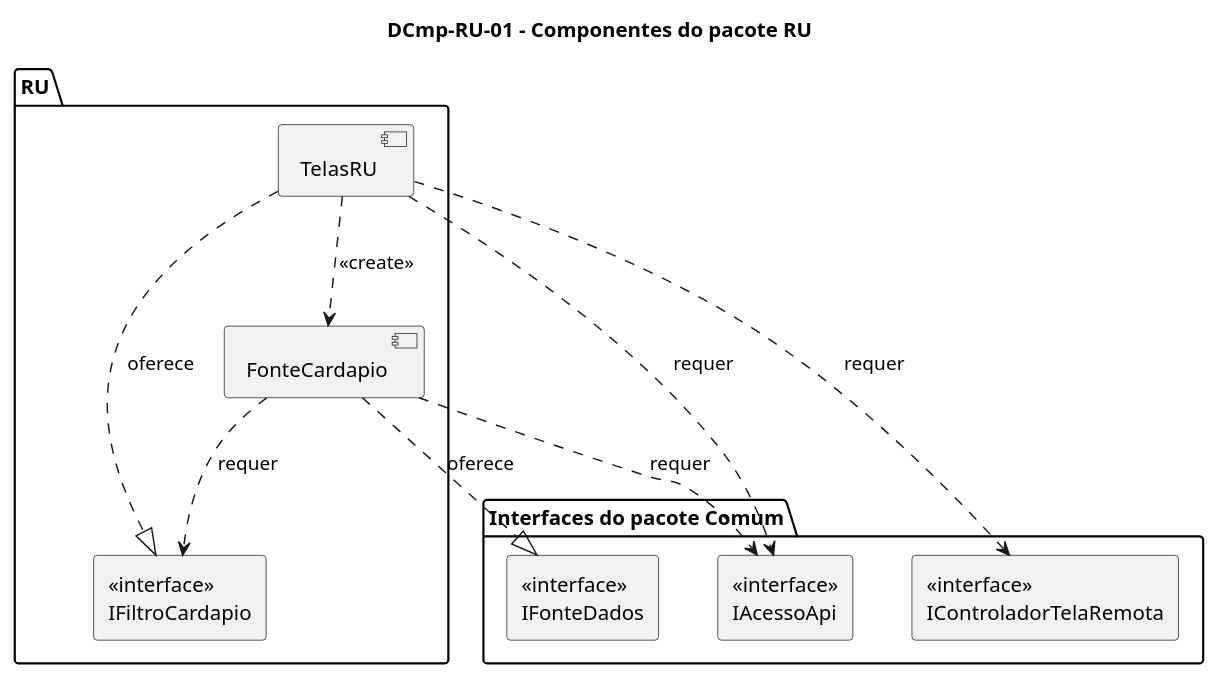
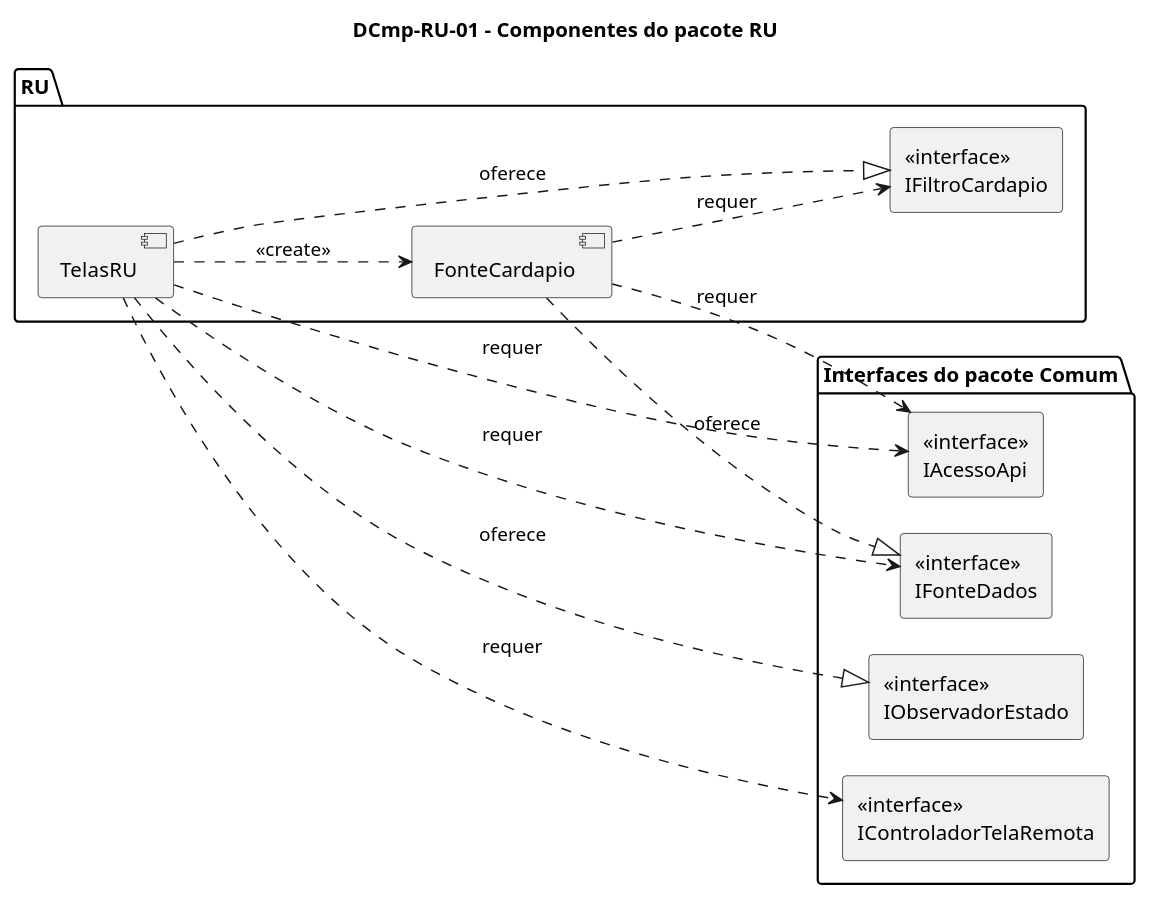
Before and after one commit to joseduardogon/Minha_UFG_Grupo_Cinza: the diagram in RU/DCmp-RU-01.puml, drawn with PlantUML. The commit also changed 43 other files, not shown here.

```diff
--- a/RU/DCmp-RU-01.puml
+++ b/RU/DCmp-RU-01.puml
@@ -1,27 +1,31 @@
 @startuml DCmp-RU-01
 title DCmp-RU-01 – Componentes do pacote RU
 skinparam componentStyle uml2
-skinparam nodesep 40
-skinparam ranksep 70
+skinparam nodesep 25
+skinparam ranksep 110
+left to right direction
 
 package "RU" {
   component "TelasRU" as Telas
   component "FonteCardapio" as Fonte
   rectangle "<<interface>>\nIFiltroCardapio" as IFiltro
 }
 
 package "Interfaces do pacote Comum" {
   rectangle "<<interface>>\nIControladorTelaRemota" as IControlador
   rectangle "<<interface>>\nIFonteDados" as IFonteDados
+  rectangle "<<interface>>\nIObservadorEstado" as IObservador
   rectangle "<<interface>>\nIAcessoApi" as IAcessoApi
 }
 
 Telas ..|> IFiltro : oferece
+Telas ..|> IObservador : oferece
 Fonte ..|> IFonteDados : oferece
 
 Telas ..> IControlador : requer
+Telas ..> IFonteDados : requer
 Telas ..> IAcessoApi : requer
 Telas ..> Fonte : <<create>>
 Fonte ..> IAcessoApi : requer
 Fonte ..> IFiltro : requer
 @enduml
```
